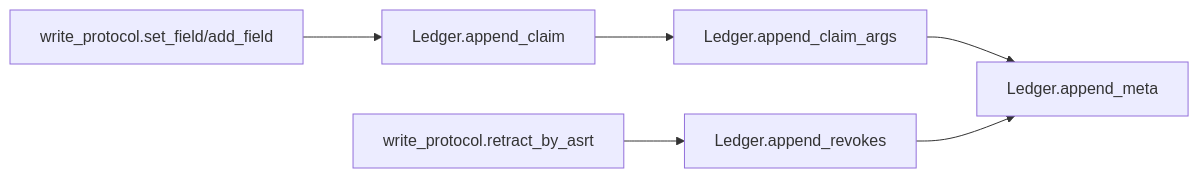
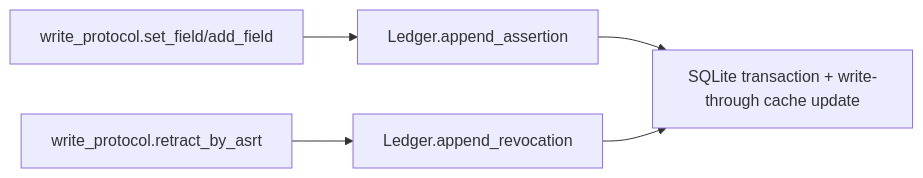
The first of 4 diagrams in src/factpy_kernel/core/docs/01_architecture.en.md (Symbolic-Intelligence-Org/factgraph), drawn with Mermaid before and after one commit. The commit also changed other lines of this file and 72 other files, not shown here.

````diff
--- a/src/factpy_kernel/core/docs/01_architecture.en.md
+++ b/src/factpy_kernel/core/docs/01_architecture.en.md
@@ -109,8 +116,7 @@
 ```mermaid
 flowchart LR
-  A["write_protocol.set_field/add_field"] --> B["Ledger.append_claim"]
-  B --> C["Ledger.append_claim_args"]
-  C --> D["Ledger.append_meta"]
-  E["write_protocol.retract_by_asrt"] --> F["Ledger.append_revokes"]
-  F --> D
+  A["write_protocol.set_field/add_field"] --> B["Ledger.append_assertion"]
+  B --> C["SQLite transaction + write-through cache update"]
+  D["write_protocol.retract_by_asrt"] --> E["Ledger.append_revocation"]
+  E --> C
 ```
````
